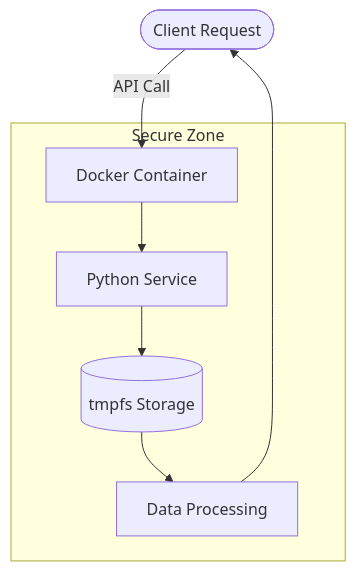
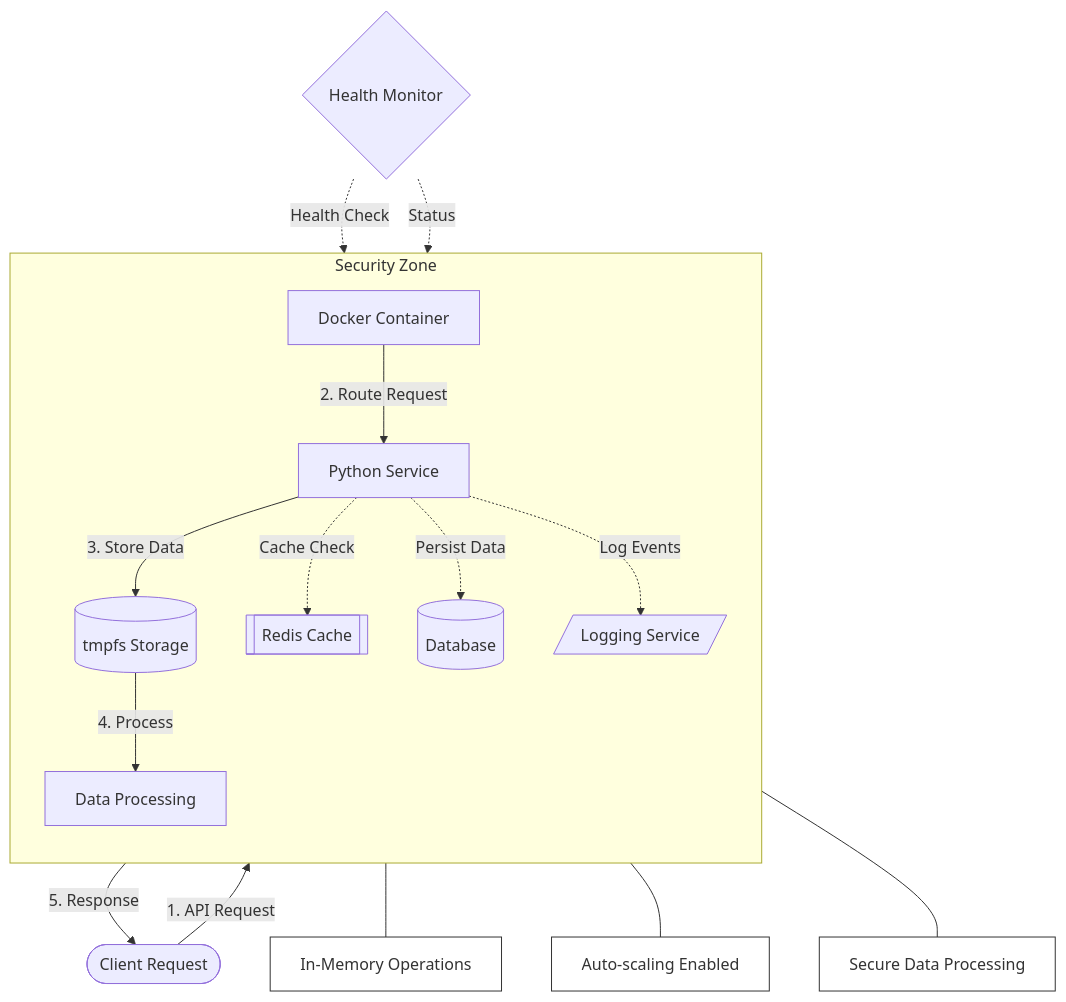
Before and after one commit to TheToriqul/docker-in-memory-storage: the diagram in README.md, drawn with Mermaid.

Commit message:
Chore: Updated Mermaid code

````diff
--- a/README.md
+++ b/README.md
@@ -16,21 +16,47 @@
 ```mermaid
 flowchart TD
     Client([Client Request])
     Docker[Docker Container]
     Python[Python Service]
     Storage[(tmpfs Storage)]
     Process[Data Processing]
+    Cache[[Redis Cache]]
+    DB[(Database)]
+    Log[/Logging Service/]
+    Monitor{Health Monitor}
 
-    Client --> |API Call| Docker
-    Docker --> Python
-    Python --> Storage
-    Storage --> Process
-    Process --> Client
+    Client -->|1. API Request| Docker
+    Docker -->|2. Route Request| Python
+    Python -->|3. Store Data| Storage
+    Storage -->|4. Process| Process
+    Process -->|5. Response| Client
 
-    subgraph Secure Zone
+    Python -.->|Cache Check| Cache
+    Python -.->|Persist Data| DB
+    Python -.->|Log Events| Log
+    Monitor -.->|Health Check| Python
+    Monitor -.->|Status| Docker
+
+    subgraph Security Zone
+        direction TB
         Docker
         Python
         Storage
         Process
+        Cache
+        DB
+        Log
     end
+
+    classDef note fill:#fff,stroke:#333,stroke-width:1px
+    
+    note1[Secure Data Processing]
+    note2[In-Memory Operations]
+    note3[Auto-scaling Enabled]
+    
+    class note1,note2,note3 note
+    
+    Storage --- note2
+    Docker --- note3
+    Process --- note1
 ```
````
